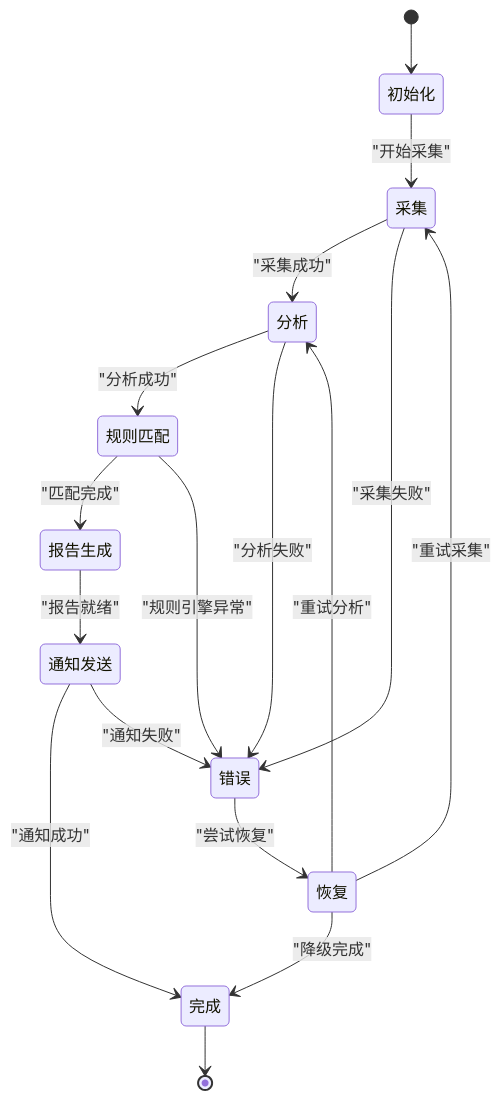
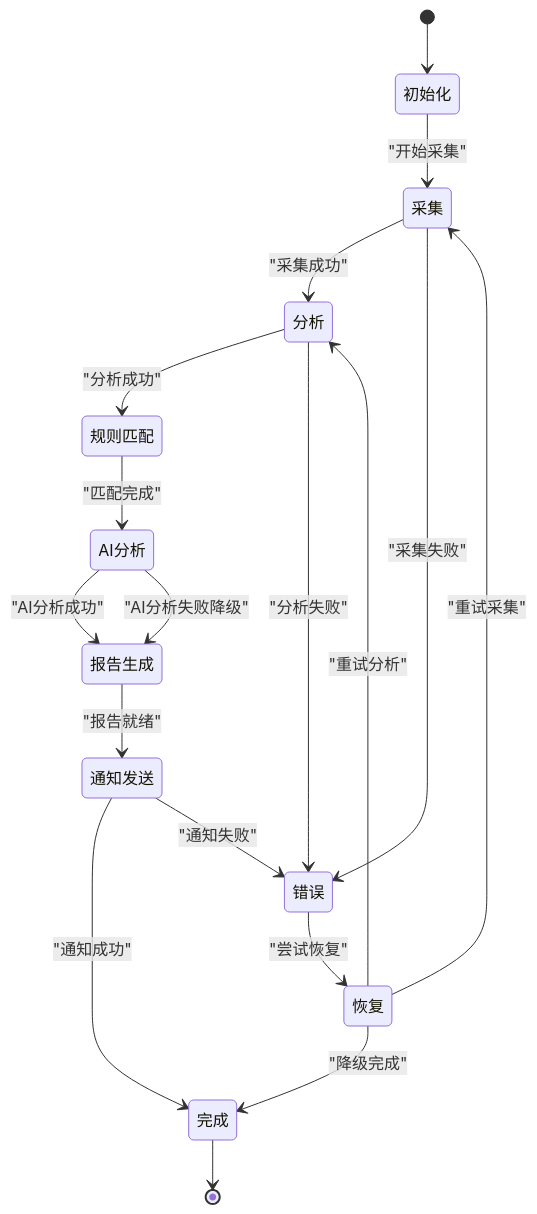
Before and after one commit to kudig-io/klaw: the seventh of 8 diagrams in .qoder/repowiki/zh/content/系统架构/诊断引擎架构/诊断引擎架构.md, drawn with Mermaid. The commit also changed other lines of this file and 336 other files, not shown here.

````diff
--- a/.qoder/repowiki/zh/content/系统架构/诊断引擎架构/诊断引擎架构.md
+++ b/.qoder/repowiki/zh/content/系统架构/诊断引擎架构/诊断引擎架构.md
@@ -278,19 +346,20 @@
 ```mermaid
 stateDiagram-v2
 [*] --> 初始化
 初始化 --> 采集 : "开始采集"
 采集 --> 分析 : "采集成功"
 采集 --> 错误 : "采集失败"
 分析 --> 规则匹配 : "分析成功"
 分析 --> 错误 : "分析失败"
-规则匹配 --> 报告生成 : "匹配完成"
-规则匹配 --> 错误 : "规则引擎异常"
+规则匹配 --> AI分析 : "匹配完成"
+AI分析 --> 报告生成 : "AI分析成功"
+AI分析 --> 报告生成 : "AI分析失败降级"
 报告生成 --> 通知发送 : "报告就绪"
 通知发送 --> 完成 : "通知成功"
 通知发送 --> 错误 : "通知失败"
 错误 --> 恢复 : "尝试恢复"
 恢复 --> 采集 : "重试采集"
 恢复 --> 分析 : "重试分析"
 恢复 --> 完成 : "降级完成"
 完成 --> [*]
 ```
````
